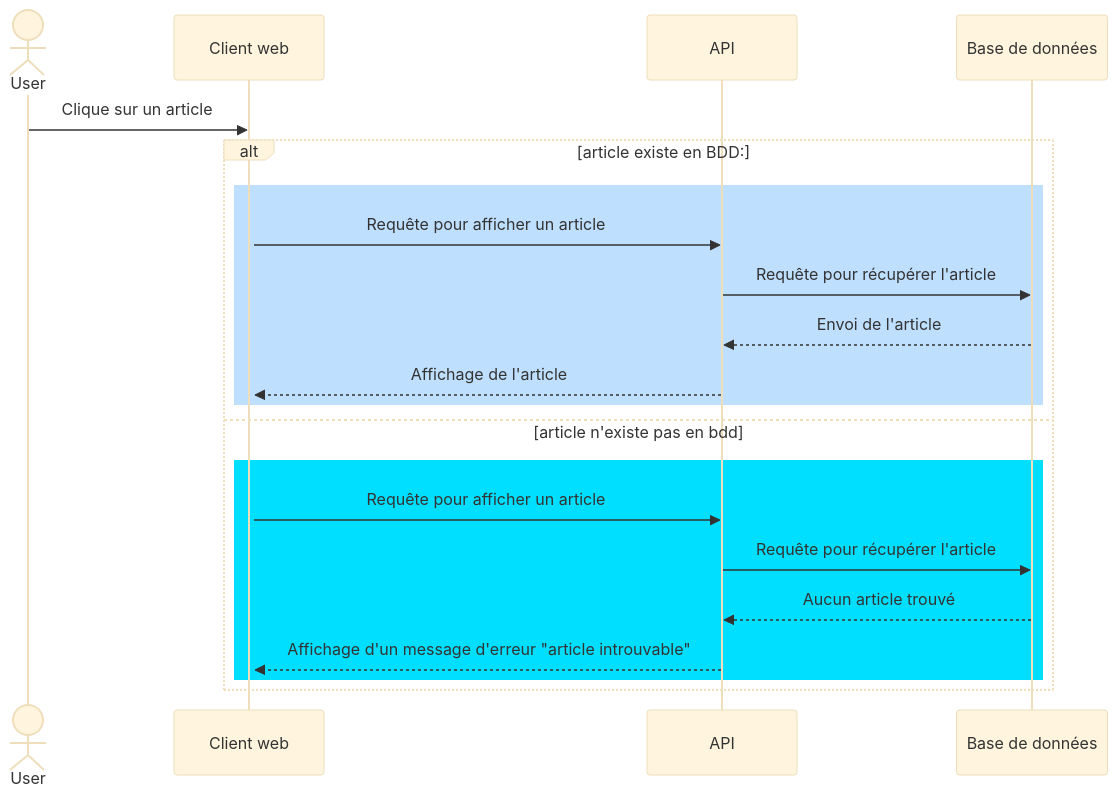
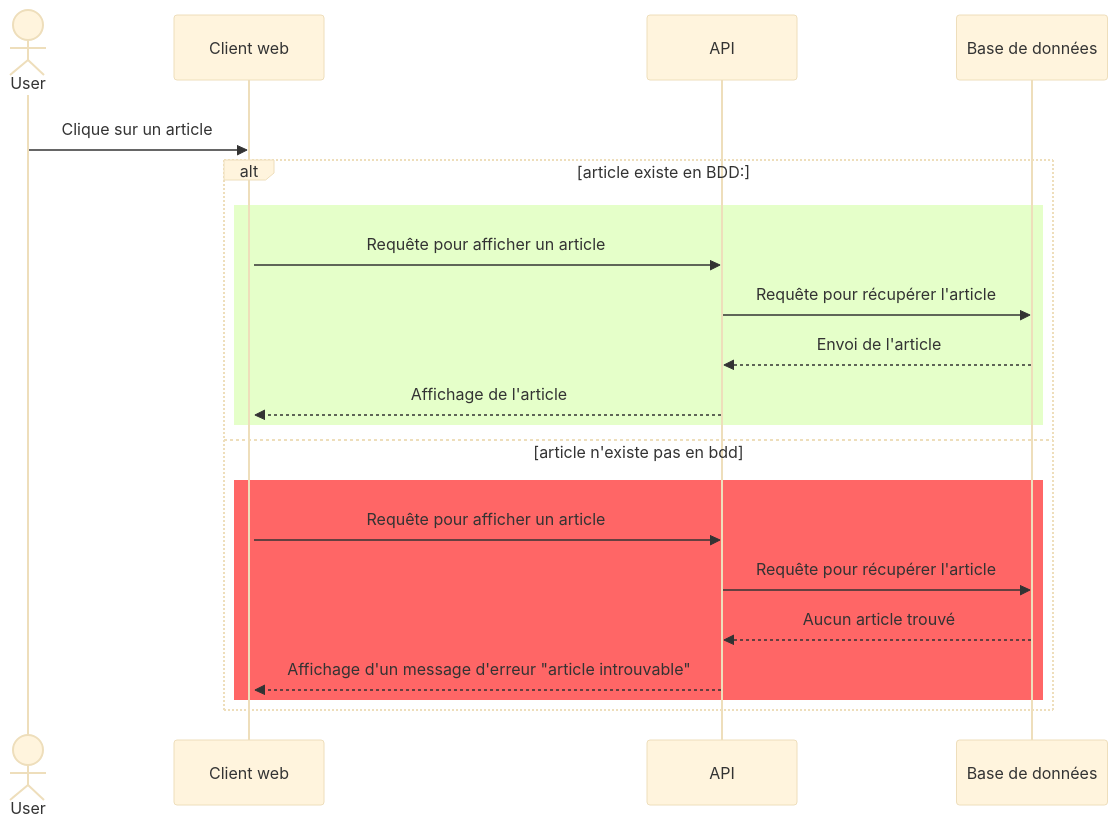
The first of 2 diagrams in sequence-article.md (delannoykurt/mission-locale), drawn with Mermaid (base theme) before and after one commit. The commit also changed other lines of this file, not shown here.

Commit message:
diagramme_sequence article

`````diff
--- a/sequence-article.md
+++ b/sequence-article.md
@@ -1,29 +1,31 @@
 ````mermaid
-sequenceDiagram  
+    sequenceDiagram
+            rect rgb(255,255,255)
+  
     actor User
     participant Client web
     participant API
     participant Base de données
-
-        User ->>  Client web:Clique sur un article
-    
+     User ->>  Client web:Clique sur un article
     alt article existe en BDD:
-            rect rgb(191, 223, 255)
+                rect rgb(229,255,201)
 
         activate Client web
         Client web->>API: Requête pour afficher un article
         API->>Base de données: Requête pour récupérer l'article
         Base de données-->>API: Envoi de l'article
         API-->>Client web: Affichage de l'article
     end
     else article n'existe pas en bdd        
-            rect rgb(0, 223, 255)
+            rect rgb(255, 102, 102)
 
         Client web->>API: Requête pour afficher un article
         API->>Base de données: Requête pour récupérer l'article
         Base de données-->>API: Aucun article trouvé
         API-->>Client web: Affichage d'un message d'erreur "article introuvable"
     end
+    end
 end
 
+ 
 ````
`````
